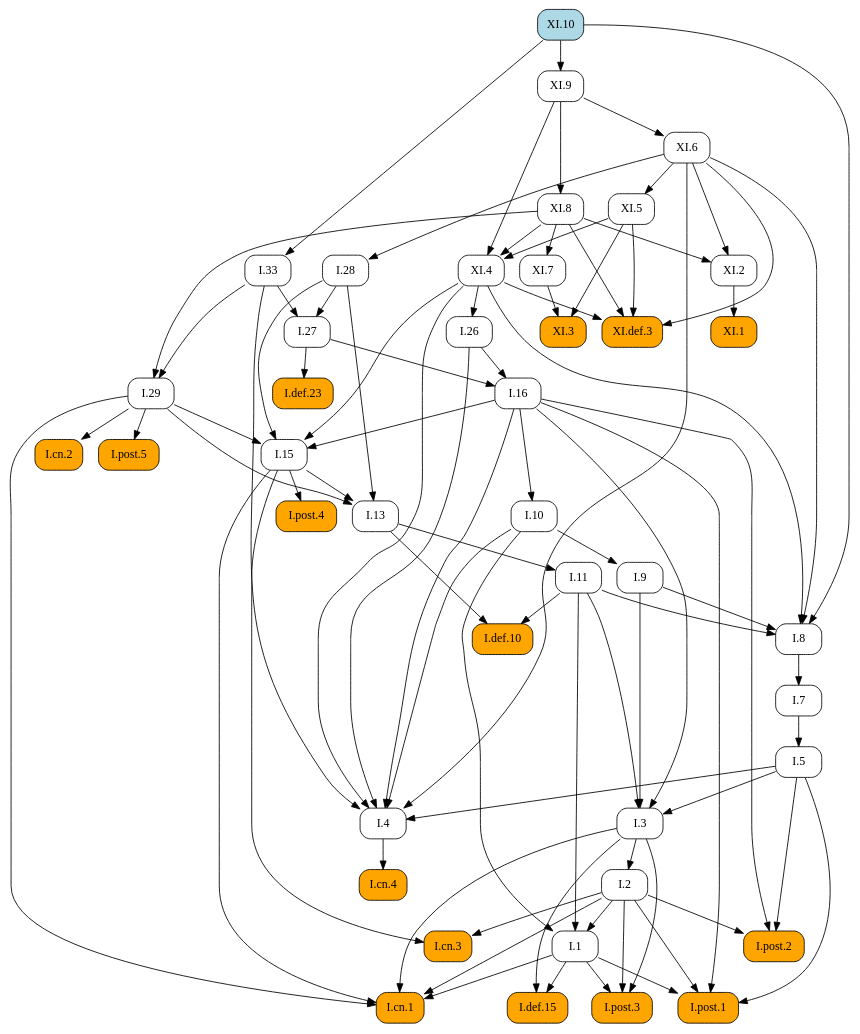
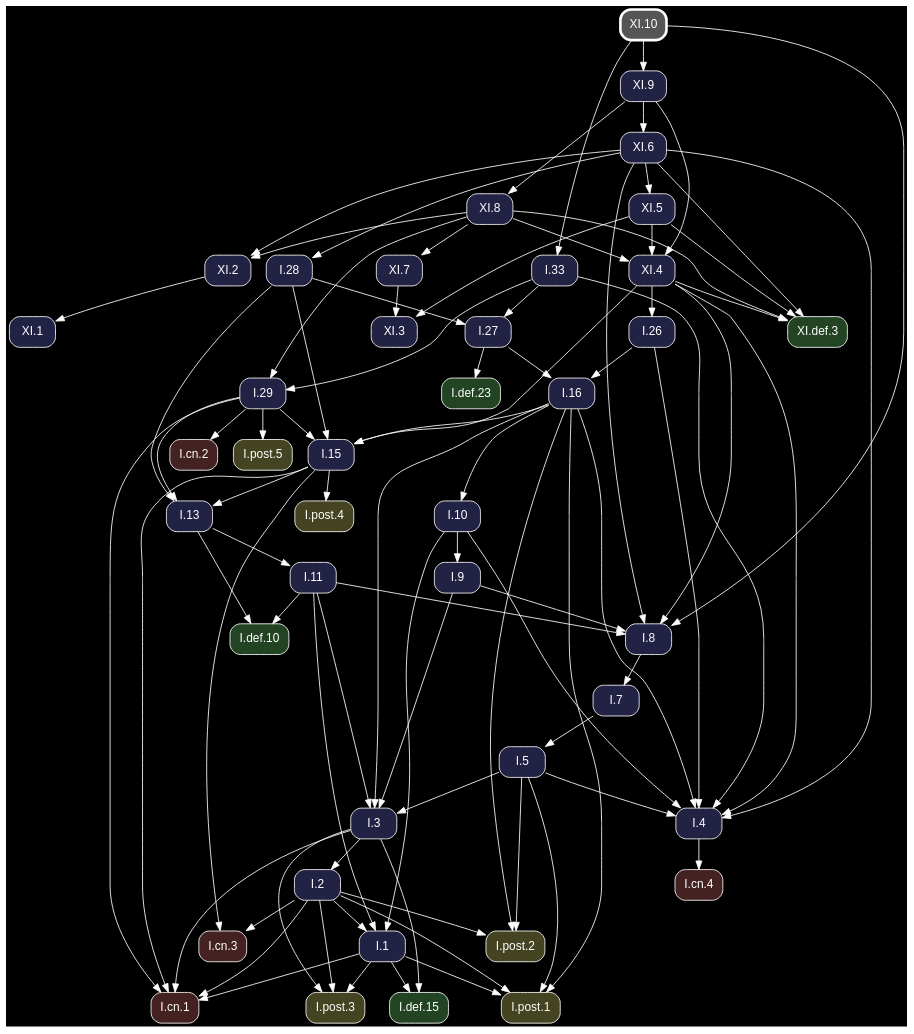
Before and after one commit to geometor/elements: the diagram in docsrc/heath/XI/10/index.rst, drawn with Graphviz. The commit also changed other lines of this file and 1200 other files, not shown here.

Commit message:
update dependency graphs

```diff
--- a/docsrc/heath/XI/10/index.rst
+++ b/docsrc/heath/XI/10/index.rst
@@ -41,78 +41,53 @@
 .. graphviz::
 
    digraph {
+     bgcolor="black";
+     node [shape=box, style="rounded,filled", fontname="Helvetica", color="white", fontcolor="white"];
+     edge [color="white", fontcolor="white"];
      rankdir="TB";
-     node [shape=box, style=rounded];
-     "I.9" [URL="/heath/I/9/", target="_top"];
-     "I.33" [URL="/heath/I/33/", target="_top"];
-     "XI.4" [URL="/heath/XI/4/", target="_top"];
-     "I.def.15" [style="rounded,filled", fillcolor=orange, URL="/heath/I/def.15/", target="_top"];
-     "XI.8" [URL="/heath/XI/8/", target="_top"];
-     "XI.6" [URL="/heath/XI/6/", target="_top"];
-     "I.post.3" [style="rounded,filled", fillcolor=orange, URL="/heath/I/post.3/", target="_top"];
-     "I.post.1" [style="rounded,filled", fillcolor=orange, URL="/heath/I/post.1/", target="_top"];
-     "XI.3" [style="rounded,filled", fillcolor=orange, URL="/heath/XI/3/", target="_top"];
-     "I.def.10" [style="rounded,filled", fillcolor=orange, URL="/heath/I/def.10/", target="_top"];
-     "XI.def.3" [style="rounded,filled", fillcolor=orange, URL="/heath/XI/def.3/", target="_top"];
-     "XI.10" [style="rounded,filled", fillcolor=lightblue, URL="/heath/XI/10/", target="_top"];
-     "I.27" [URL="/heath/I/27/", target="_top"];
-     "XI.2" [URL="/heath/XI/2/", target="_top"];
-     "XI.7" [URL="/heath/XI/7/", target="_top"];
-     "I.3" [URL="/heath/I/3/", target="_top"];
-     "I.cn.1" [style="rounded,filled", fillcolor=orange, URL="/heath/I/cn.1/", target="_top"];
-     "I.7" [URL="/heath/I/7/", target="_top"];
-     "I.2" [URL="/heath/I/2/", target="_top"];
-     "I.13" [URL="/heath/I/13/", target="_top"];
-     "I.post.4" [style="rounded,filled", fillcolor=orange, URL="/heath/I/post.4/", target="_top"];
-     "I.4" [URL="/heath/I/4/", target="_top"];
-     "I.1" [URL="/heath/I/1/", target="_top"];
-     "I.5" [URL="/heath/I/5/", target="_top"];
-     "I.8" [URL="/heath/I/8/", target="_top"];
-     "I.29" [URL="/heath/I/29/", target="_top"];
-     "I.cn.3" [style="rounded,filled", fillcolor=orange, URL="/heath/I/cn.3/", target="_top"];
-     "XI.5" [URL="/heath/XI/5/", target="_top"];
-     "I.16" [URL="/heath/I/16/", target="_top"];
-     "I.15" [URL="/heath/I/15/", target="_top"];
-     "I.10" [URL="/heath/I/10/", target="_top"];
-     "I.11" [URL="/heath/I/11/", target="_top"];
-     "I.def.23" [style="rounded,filled", fillcolor=orange, URL="/heath/I/def.23/", target="_top"];
-     "XI.9" [URL="/heath/XI/9/", target="_top"];
-     "I.cn.2" [style="rounded,filled", fillcolor=orange, URL="/heath/I/cn.2/", target="_top"];
-     "I.post.5" [style="rounded,filled", fillcolor=orange, URL="/heath/I/post.5/", target="_top"];
-     "I.28" [URL="/heath/I/28/", target="_top"];
-     "I.cn.4" [style="rounded,filled", fillcolor=orange, URL="/heath/I/cn.4/", target="_top"];
-     "XI.1" [style="rounded,filled", fillcolor=orange, URL="/heath/XI/1/", target="_top"];
-     "I.post.2" [style="rounded,filled", fillcolor=orange, URL="/heath/I/post.2/", target="_top"];
-     "I.26" [URL="/heath/I/26/", target="_top"];
-     "I.10" -> "I.9";
-     "XI.10" -> "I.33";
-     "XI.5" -> "XI.4";
-     "XI.8" -> "XI.4";
-     "XI.9" -> "XI.4";
-     "I.1" -> "I.def.15";
-     "I.3" -> "I.def.15";
+     "XI.7" [fillcolor="#222244", URL="/heath/XI/7/", target="_top"];
+     "XI.8" [fillcolor="#222244", URL="/heath/XI/8/", target="_top"];
+     "I.3" [fillcolor="#222244", URL="/heath/I/3/", target="_top"];
+     "I.cn.1" [fillcolor="#442222", URL="/heath/I/cn.1/", target="_top"];
+     "XI.def.3" [fillcolor="#224422", URL="/heath/XI/def.3/", target="_top"];
+     "I.def.10" [fillcolor="#224422", URL="/heath/I/def.10/", target="_top"];
+     "I.15" [fillcolor="#222244", URL="/heath/I/15/", target="_top"];
+     "XI.5" [fillcolor="#222244", URL="/heath/XI/5/", target="_top"];
+     "I.28" [fillcolor="#222244", URL="/heath/I/28/", target="_top"];
+     "I.13" [fillcolor="#222244", URL="/heath/I/13/", target="_top"];
+     "I.27" [fillcolor="#222244", URL="/heath/I/27/", target="_top"];
+     "I.2" [fillcolor="#222244", URL="/heath/I/2/", target="_top"];
+     "XI.3" [fillcolor="#222244", URL="/heath/XI/3/", target="_top"];
+     "I.cn.2" [fillcolor="#442222", URL="/heath/I/cn.2/", target="_top"];
+     "XI.1" [fillcolor="#222244", URL="/heath/XI/1/", target="_top"];
+     "I.9" [fillcolor="#222244", URL="/heath/I/9/", target="_top"];
+     "I.1" [fillcolor="#222244", URL="/heath/I/1/", target="_top"];
+     "I.post.5" [fillcolor="#444422", URL="/heath/I/post.5/", target="_top"];
+     "I.post.4" [fillcolor="#444422", URL="/heath/I/post.4/", target="_top"];
+     "I.26" [fillcolor="#222244", URL="/heath/I/26/", target="_top"];
+     "I.8" [fillcolor="#222244", URL="/heath/I/8/", target="_top"];
+     "I.4" [fillcolor="#222244", URL="/heath/I/4/", target="_top"];
+     "I.7" [fillcolor="#222244", URL="/heath/I/7/", target="_top"];
+     "I.5" [fillcolor="#222244", URL="/heath/I/5/", target="_top"];
+     "I.10" [fillcolor="#222244", URL="/heath/I/10/", target="_top"];
+     "I.post.1" [fillcolor="#444422", URL="/heath/I/post.1/", target="_top"];
+     "I.11" [fillcolor="#222244", URL="/heath/I/11/", target="_top"];
+     "I.16" [fillcolor="#222244", URL="/heath/I/16/", target="_top"];
+     "I.cn.3" [fillcolor="#442222", URL="/heath/I/cn.3/", target="_top"];
+     "XI.9" [fillcolor="#222244", URL="/heath/XI/9/", target="_top"];
+     "I.29" [fillcolor="#222244", URL="/heath/I/29/", target="_top"];
+     "I.post.2" [fillcolor="#444422", URL="/heath/I/post.2/", target="_top"];
+     "I.cn.4" [fillcolor="#442222", URL="/heath/I/cn.4/", target="_top"];
+     "I.def.23" [fillcolor="#224422", URL="/heath/I/def.23/", target="_top"];
+     "I.post.3" [fillcolor="#444422", URL="/heath/I/post.3/", target="_top"];
+     "I.33" [fillcolor="#222244", URL="/heath/I/33/", target="_top"];
+     "XI.10" [penwidth=3, color="white", fillcolor="#555555", URL="/heath/XI/10/", target="_top"];
+     "I.def.15" [fillcolor="#224422", URL="/heath/I/def.15/", target="_top"];
+     "XI.4" [fillcolor="#222244", URL="/heath/XI/4/", target="_top"];
+     "XI.2" [fillcolor="#222244", URL="/heath/XI/2/", target="_top"];
+     "XI.6" [fillcolor="#222244", URL="/heath/XI/6/", target="_top"];
+     "XI.8" -> "XI.7";
      "XI.9" -> "XI.8";
-     "XI.9" -> "XI.6";
-     "I.1" -> "I.post.3";
-     "I.2" -> "I.post.3";
-     "I.3" -> "I.post.3";
-     "I.1" -> "I.post.1";
-     "I.2" -> "I.post.1";
-     "I.5" -> "I.post.1";
-     "I.16" -> "I.post.1";
-     "XI.5" -> "XI.3";
-     "XI.7" -> "XI.3";
-     "I.11" -> "I.def.10";
-     "I.13" -> "I.def.10";
-     "XI.4" -> "XI.def.3";
-     "XI.5" -> "XI.def.3";
-     "XI.6" -> "XI.def.3";
-     "XI.8" -> "XI.def.3";
-     "I.28" -> "I.27";
-     "I.33" -> "I.27";
-     "XI.6" -> "XI.2";
-     "XI.8" -> "XI.2";
-     "XI.8" -> "XI.7";
      "I.5" -> "I.3";
      "I.9" -> "I.3";
      "I.11" -> "I.3";
@@ -122,12 +97,40 @@
      "I.3" -> "I.cn.1";
      "I.15" -> "I.cn.1";
      "I.29" -> "I.cn.1";
-     "I.8" -> "I.7";
-     "I.3" -> "I.2";
+     "XI.4" -> "XI.def.3";
+     "XI.5" -> "XI.def.3";
+     "XI.6" -> "XI.def.3";
+     "XI.8" -> "XI.def.3";
+     "I.11" -> "I.def.10";
+     "I.13" -> "I.def.10";
+     "I.16" -> "I.15";
+     "I.28" -> "I.15";
+     "I.29" -> "I.15";
+     "XI.4" -> "I.15";
+     "XI.6" -> "XI.5";
+     "XI.6" -> "I.28";
      "I.15" -> "I.13";
      "I.28" -> "I.13";
      "I.29" -> "I.13";
+     "I.28" -> "I.27";
+     "I.33" -> "I.27";
+     "I.3" -> "I.2";
+     "XI.5" -> "XI.3";
+     "XI.7" -> "XI.3";
+     "I.29" -> "I.cn.2";
+     "XI.2" -> "XI.1";
+     "I.10" -> "I.9";
+     "I.2" -> "I.1";
+     "I.10" -> "I.1";
+     "I.11" -> "I.1";
+     "I.29" -> "I.post.5";
      "I.15" -> "I.post.4";
+     "XI.4" -> "I.26";
+     "I.9" -> "I.8";
+     "I.11" -> "I.8";
+     "XI.4" -> "I.8";
+     "XI.6" -> "I.8";
+     "XI.10" -> "I.8";
      "I.5" -> "I.4";
      "I.10" -> "I.4";
      "I.16" -> "I.4";
@@ -135,37 +138,36 @@
      "I.33" -> "I.4";
      "XI.4" -> "I.4";
      "XI.6" -> "I.4";
-     "I.2" -> "I.1";
-     "I.10" -> "I.1";
-     "I.11" -> "I.1";
+     "I.8" -> "I.7";
      "I.7" -> "I.5";
-     "I.9" -> "I.8";
-     "I.11" -> "I.8";
-     "XI.4" -> "I.8";
-     "XI.6" -> "I.8";
-     "XI.10" -> "I.8";
+     "I.16" -> "I.10";
+     "I.1" -> "I.post.1";
+     "I.2" -> "I.post.1";
+     "I.5" -> "I.post.1";
+     "I.16" -> "I.post.1";
+     "I.13" -> "I.11";
+     "I.26" -> "I.16";
+     "I.27" -> "I.16";
+     "I.2" -> "I.cn.3";
+     "I.15" -> "I.cn.3";
+     "XI.10" -> "XI.9";
      "I.33" -> "I.29";
      "XI.8" -> "I.29";
-     "I.2" -> "I.cn.3";
-     "I.15" -> "I.cn.3";
-     "XI.6" -> "XI.5";
-     "I.26" -> "I.16";
-     "I.27" -> "I.16";
-     "I.16" -> "I.15";
-     "I.28" -> "I.15";
-     "I.29" -> "I.15";
-     "XI.4" -> "I.15";
-     "I.16" -> "I.10";
-     "I.13" -> "I.11";
-     "I.27" -> "I.def.23";
-     "XI.10" -> "XI.9";
-     "I.29" -> "I.cn.2";
-     "I.29" -> "I.post.5";
-     "XI.6" -> "I.28";
-     "I.4" -> "I.cn.4";
-     "XI.2" -> "XI.1";
      "I.2" -> "I.post.2";
      "I.5" -> "I.post.2";
      "I.16" -> "I.post.2";
-     "XI.4" -> "I.26";
+     "I.4" -> "I.cn.4";
+     "I.27" -> "I.def.23";
+     "I.1" -> "I.post.3";
+     "I.2" -> "I.post.3";
+     "I.3" -> "I.post.3";
+     "XI.10" -> "I.33";
+     "I.1" -> "I.def.15";
+     "I.3" -> "I.def.15";
+     "XI.5" -> "XI.4";
+     "XI.8" -> "XI.4";
+     "XI.9" -> "XI.4";
+     "XI.6" -> "XI.2";
+     "XI.8" -> "XI.2";
+     "XI.9" -> "XI.6";
    }
```
